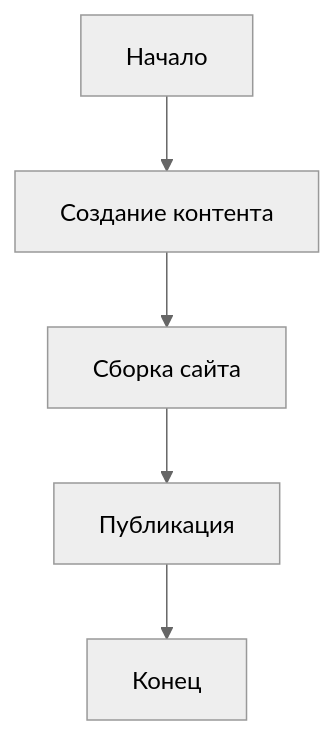
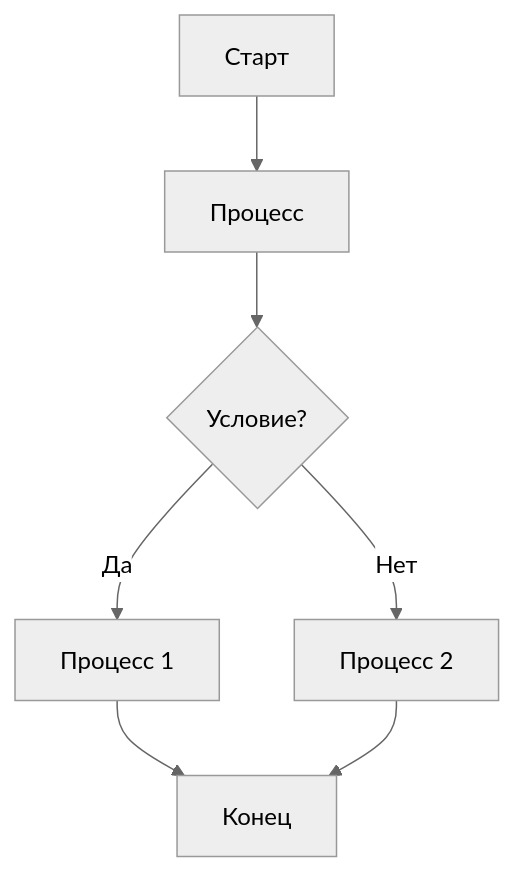
Before and after one commit to nestessia/StaticFlow-diploma: the first of 4 diagrams in staticflow/templates/default/welcome.md, drawn with Mermaid (neutral theme). The commit also changed other lines of this file and 5 other files, not shown here.

````diff
--- a/staticflow/templates/default/welcome.md
+++ b/staticflow/templates/default/welcome.md
@@ -51,7 +52,9 @@
 ```mermaid
-graph TD;
-    A[Начало] --> B[Создание контента];
-    B --> C[Сборка сайта];
-    C --> D[Публикация];
-    D --> E[Конец];
+graph TD
+A[Старт] --> B[Процесс]
+B --> C{Условие?}
+C -->|Да| D[Процесс 1]
+C -->|Нет| E[Процесс 2]
+D --> F[Конец]
+E --> F
 ```
````
